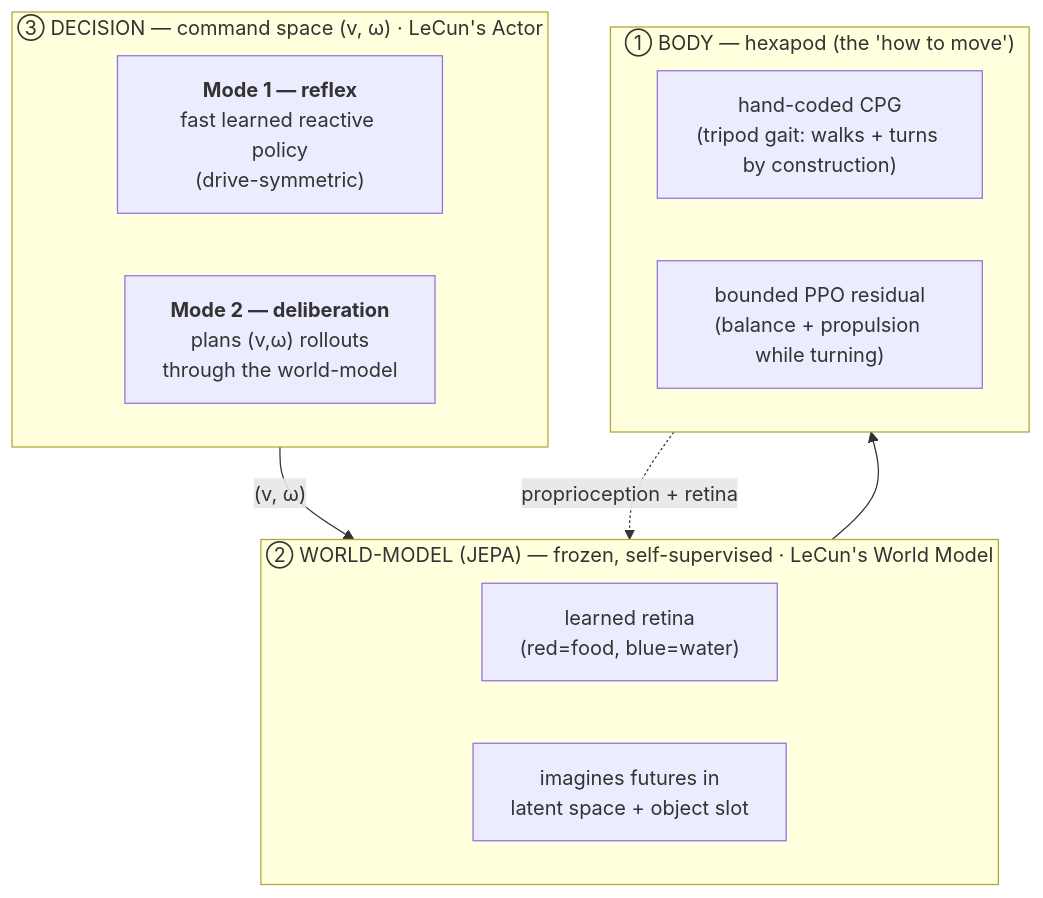
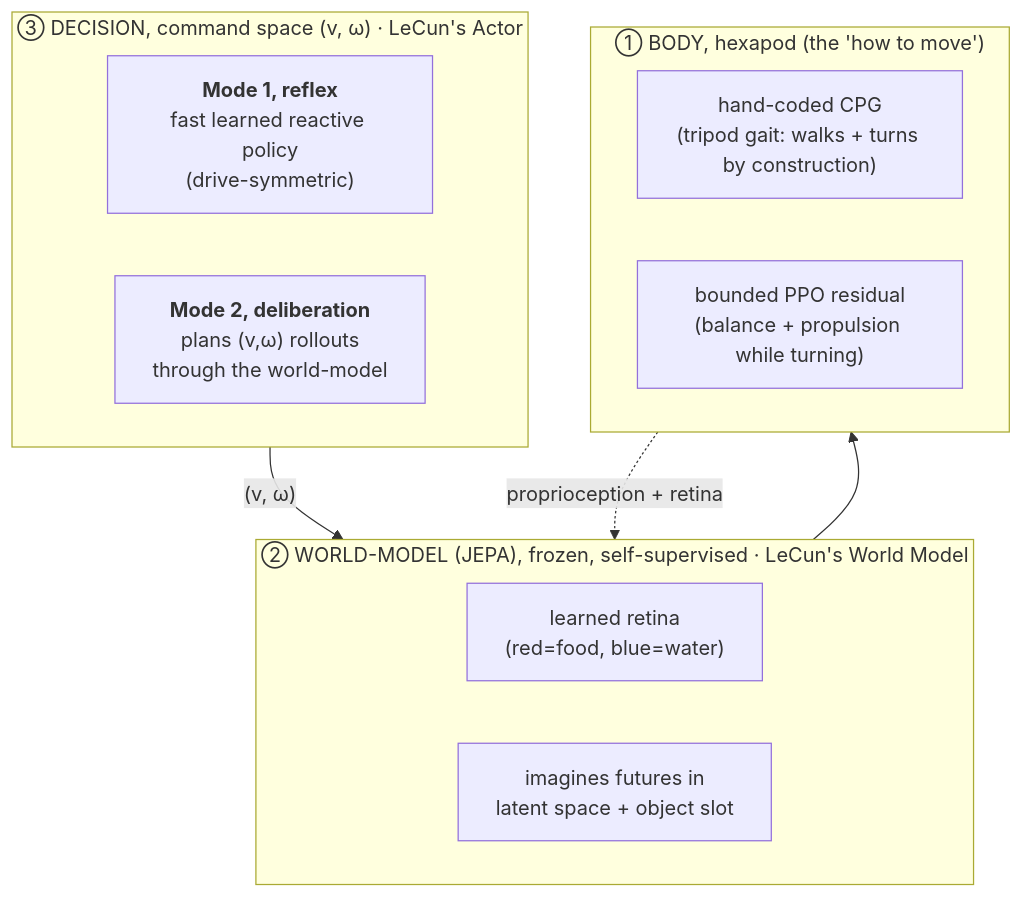
One commit to edgarbnt/Sylvan changed the third of 3 diagrams in README.md. Above: the diagram before and after it, drawn with Mermaid. The commit also changed other lines of this file and 8 other files, not shown here.

````diff
--- a/README.md
+++ b/README.md
@@ -85,18 +85,18 @@
 ```mermaid
 flowchart TB
-    subgraph BRAIN["③ DECISION — command space (v, ω)  ·  LeCun's Actor"]
-        M1["<b>Mode 1 — reflex</b><br/>fast learned reactive policy<br/>(drive-symmetric)"]
-        M2["<b>Mode 2 — deliberation</b><br/>plans (v,ω) rollouts<br/>through the world-model"]
+    subgraph BRAIN["③ DECISION, command space (v, ω)  ·  LeCun's Actor"]
+        M1["<b>Mode 1, reflex</b><br/>fast learned reactive policy<br/>(drive-symmetric)"]
+        M2["<b>Mode 2, deliberation</b><br/>plans (v,ω) rollouts<br/>through the world-model"]
     end
-    subgraph WM["② WORLD-MODEL (JEPA) — frozen, self-supervised  ·  LeCun's World Model"]
+    subgraph WM["② WORLD-MODEL (JEPA), frozen, self-supervised  ·  LeCun's World Model"]
         P["learned retina<br/>(red=food, blue=water)"]
         I["imagines futures in<br/>latent space + object slot"]
     end
-    subgraph BODY["① BODY — hexapod (the 'how to move')"]
+    subgraph BODY["① BODY, hexapod (the 'how to move')"]
         CPG["hand-coded CPG<br/>(tripod gait: walks + turns by construction)"]
         RES["bounded PPO residual<br/>(balance + propulsion while turning)"]
     end
     BRAIN -- "(v, ω)" --> WM
     WM --> BODY
     BODY -. "proprioception + retina" .-> WM
 ```
````
